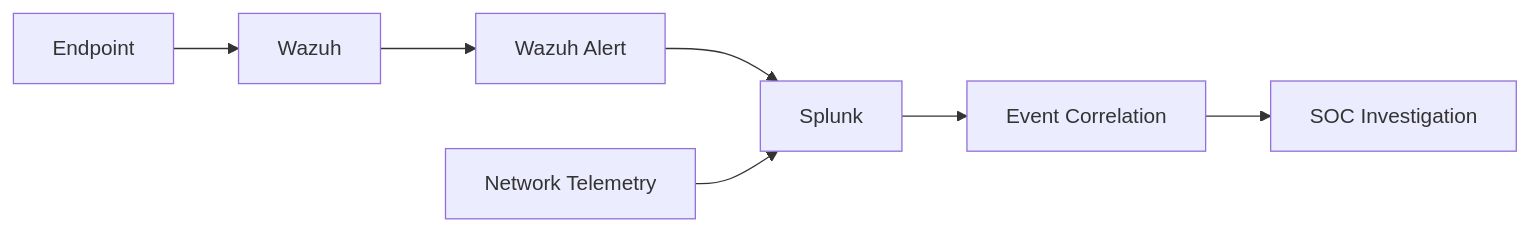
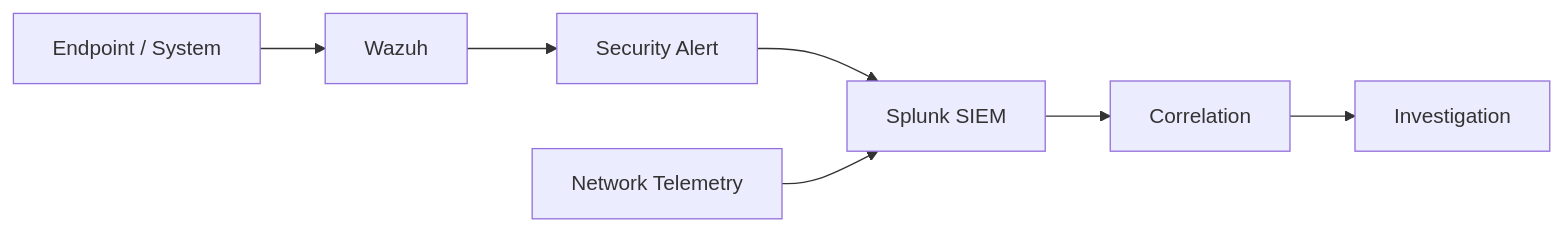
The third of 3 diagrams in README.md (CyberAmal/enterprise-soc-security-lab), drawn with Mermaid before and after one commit. The commit also changed other lines of this file, not shown here.

````diff
--- a/README.md
+++ b/README.md
@@ -381,17 +298,15 @@
 ```mermaid
 flowchart LR
 
-    ENDPOINT["Endpoint"]
+    ENDPOINT["Endpoint / System"]
     --> WAZUH["Wazuh"]
 
-    WAZUH --> ALERT["Wazuh Alert"]
-
-    ALERT --> SPLUNK["Splunk"]
+    WAZUH --> ALERT["Security Alert"]
+    ALERT --> SPLUNK["Splunk SIEM"]
 
     NETWORK["Network Telemetry"]
     --> SPLUNK
 
-    SPLUNK --> CORRELATION["Event Correlation"]
-
-    CORRELATION --> INVESTIGATION["SOC Investigation"]
+    SPLUNK --> CORR["Correlation"]
+    CORR --> INVEST["Investigation"]
 ```
````
